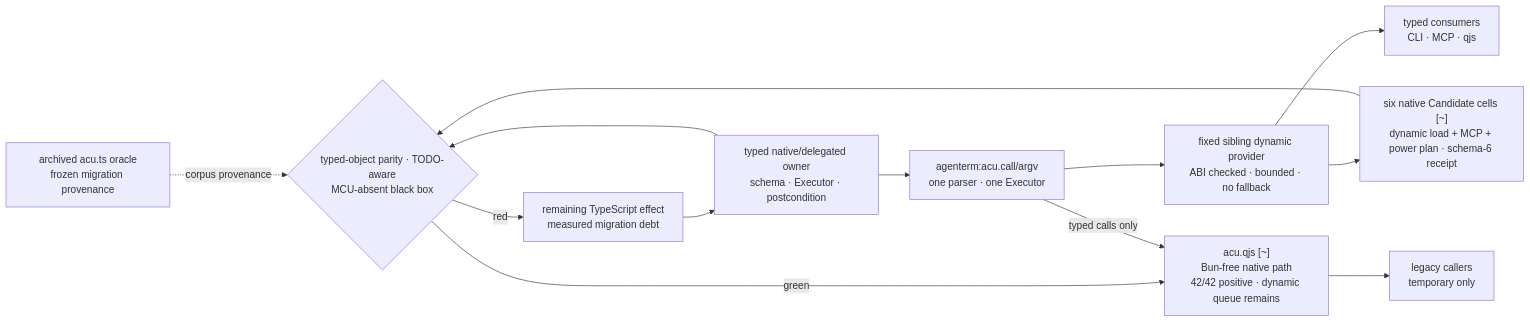
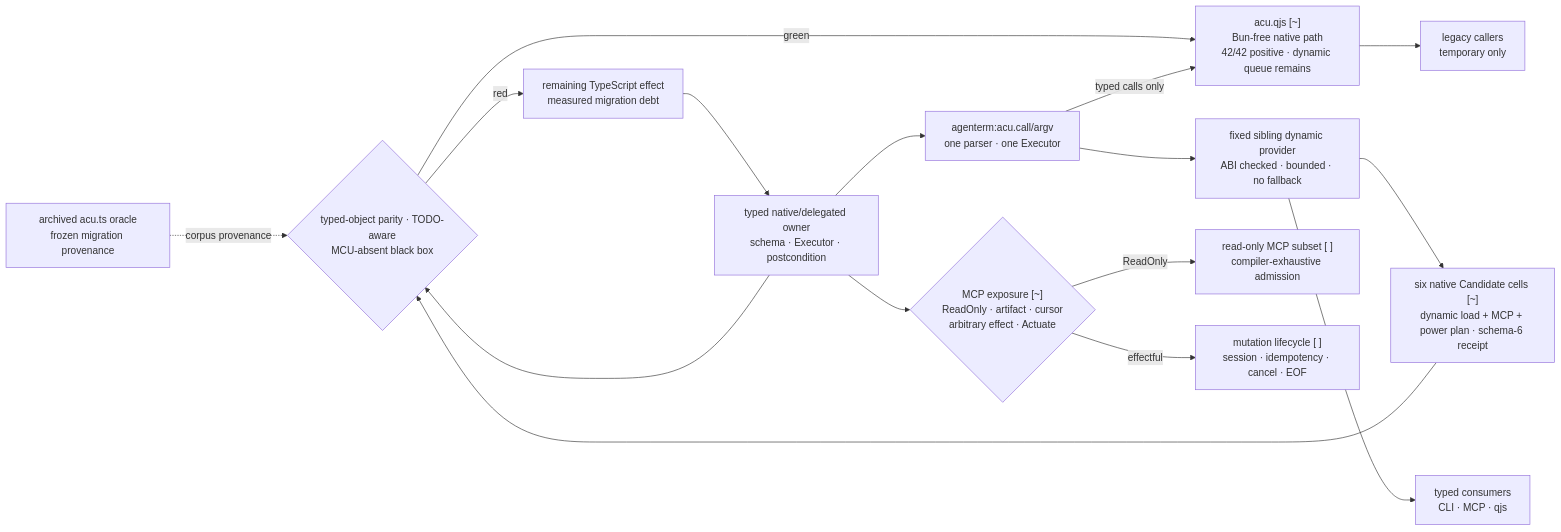
The first of 22 diagrams in prd/PRD_02_28_agenterm_cu.md (partnernetsoftware/agenterm), drawn with Mermaid before and after one commit. The commit also changed other lines of this file and 9 other files, not shown here.

````diff
--- a/prd/PRD_02_28_agenterm_cu.md
+++ b/prd/PRD_02_28_agenterm_cu.md
@@ -208,20 +214,26 @@
   ```mermaid
   flowchart LR
     TS["archived acu.ts oracle<br/>frozen migration provenance"]
     OWNER["typed native/delegated owner<br/>schema · Executor · postcondition"]
     OBJ["agenterm:acu.call/argv<br/>one parser · one Executor"]
     PROVIDER["fixed sibling dynamic provider<br/>ABI checked · bounded · no fallback"]
     COURT["six native Candidate cells [~]<br/>dynamic load + MCP + power plan · schema-6 receipt"]
     GATE{"typed-object parity · TODO-aware<br/>MCU-absent black box"}
     QJS["acu.qjs [~]<br/>Bun-free native path<br/>42/42 positive · dynamic queue remains"]
     USERS["typed consumers<br/>CLI · MCP · qjs"]
+    MCPCLASS{"MCP exposure [~]<br/>ReadOnly · artifact · cursor<br/>arbitrary effect · Actuate"}
+    MCPRO["read-only MCP subset [ ]<br/>compiler-exhaustive admission"]
+    MCPMUT["mutation lifecycle [ ]<br/>session · idempotency · cancel · EOF"]
     LEGACY["legacy callers<br/>temporary only"]
     DEBT["remaining TypeScript effect<br/>measured migration debt"]
     OWNER --> OBJ --> PROVIDER --> USERS
+    OWNER --> MCPCLASS
+    MCPCLASS -->|ReadOnly| MCPRO
+    MCPCLASS -->|effectful| MCPMUT
     PROVIDER --> COURT --> GATE
     TS -. corpus provenance .-> GATE
     OWNER --> GATE
     GATE -->|red| DEBT --> OWNER
     GATE -->|green| QJS --> LEGACY
     OBJ -->|typed calls only| QJS
   ```
````
